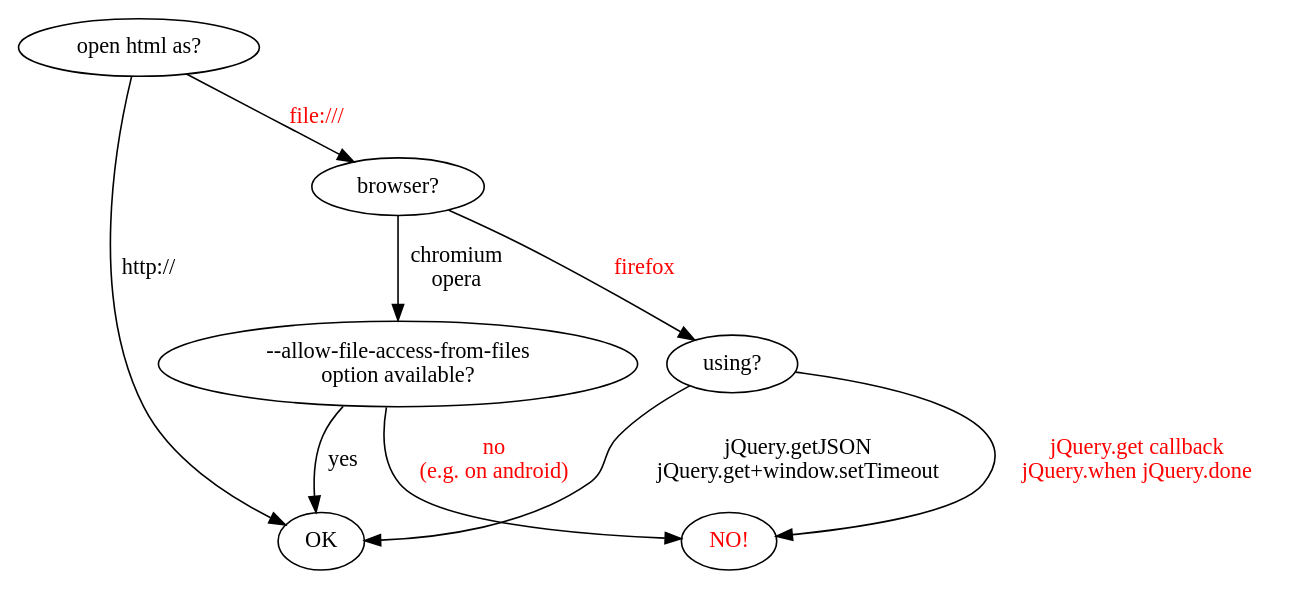
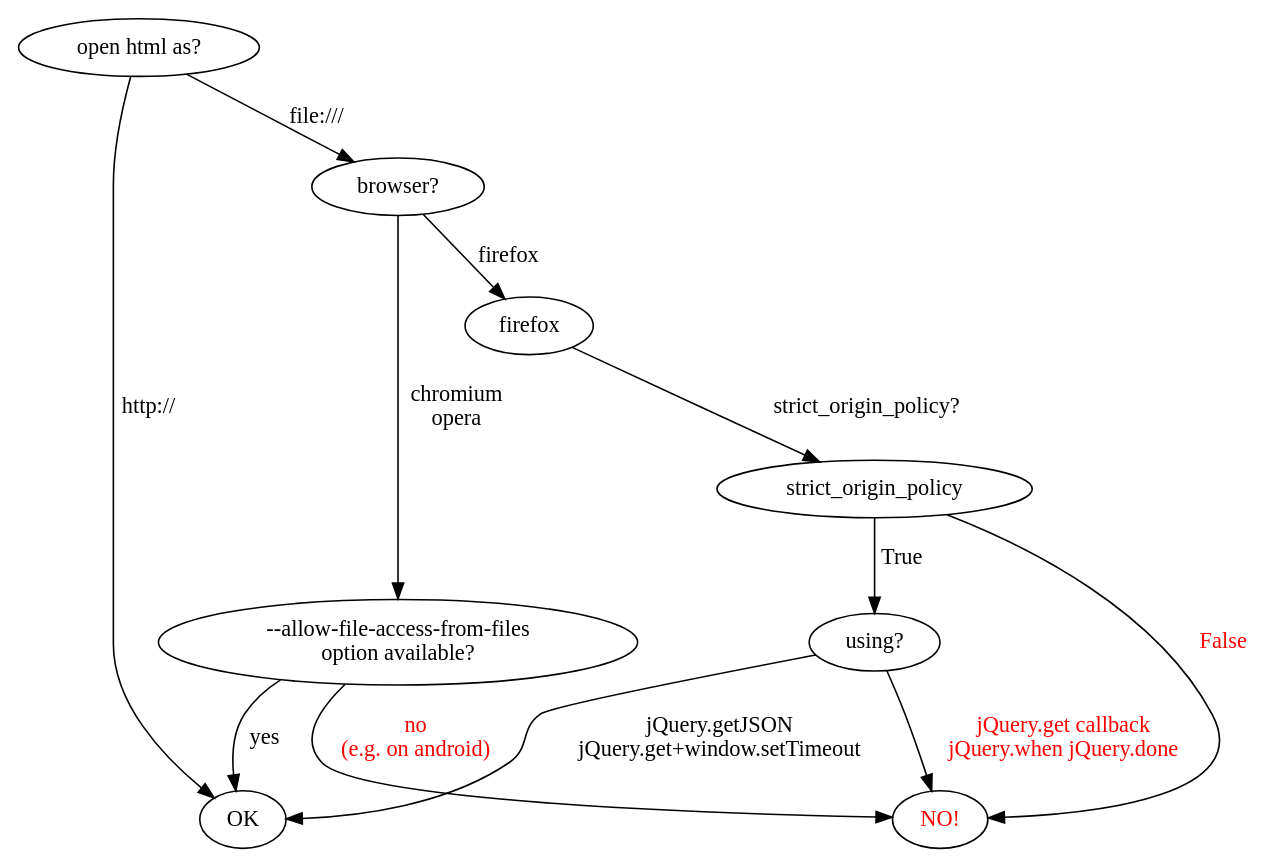
The diagram in readLocal.dot (ckhung/javascriptCanReadLocalFiles), drawn with Graphviz before and after one commit. The commit also changed 2 other files, not shown here.

Commit message:
now firerfox requires security.fileuri.strict_origin_policy=True in about:config

```diff
--- a/readLocal.dot
+++ b/readLocal.dot
@@ -1,22 +1,25 @@
 // dot -Tsvg readLocal.dot > readLocal.svg
 digraph "reading local file using jQuery.get" {
 
     overlap = scale;
     // rankdir=LR;
 
     ok [ label="OK" ];
     html [ label="open html as?" ];
     browser [ label="browser?" ];
     chromium [ label="--allow-file-access-from-files\noption available?" ];
     using [ label="using?" ];
     no [ label="NO!"; fontcolor="red" ];
 
     html -> ok [ label="http://" ];
-    html -> browser [ label="file:///"; fontcolor="red" ];
+    html -> browser [ label="file:///"; ];
     browser -> chromium [ label="chromium\nopera" ];
     chromium -> ok [ label="yes" ];
     chromium -> no [ label="no\n(e.g. on android)"; fontcolor="red" ];
-    browser -> using [ label="firefox"; fontcolor="red" ];
+    browser -> firefox [ label="firefox"; ];
+    firefox -> strict_origin_policy [ label="strict_origin_policy?"; ];
+    strict_origin_policy -> no [ label="False"; fontcolor="red" ];
+    strict_origin_policy -> using [ label="True"; ];
     using -> ok [ label="jQuery.getJSON\njQuery.get+window.setTimeout" ];
     using -> no [ label="jQuery.get callback\njQuery.when jQuery.done"; fontcolor="red" ];
 }
```
